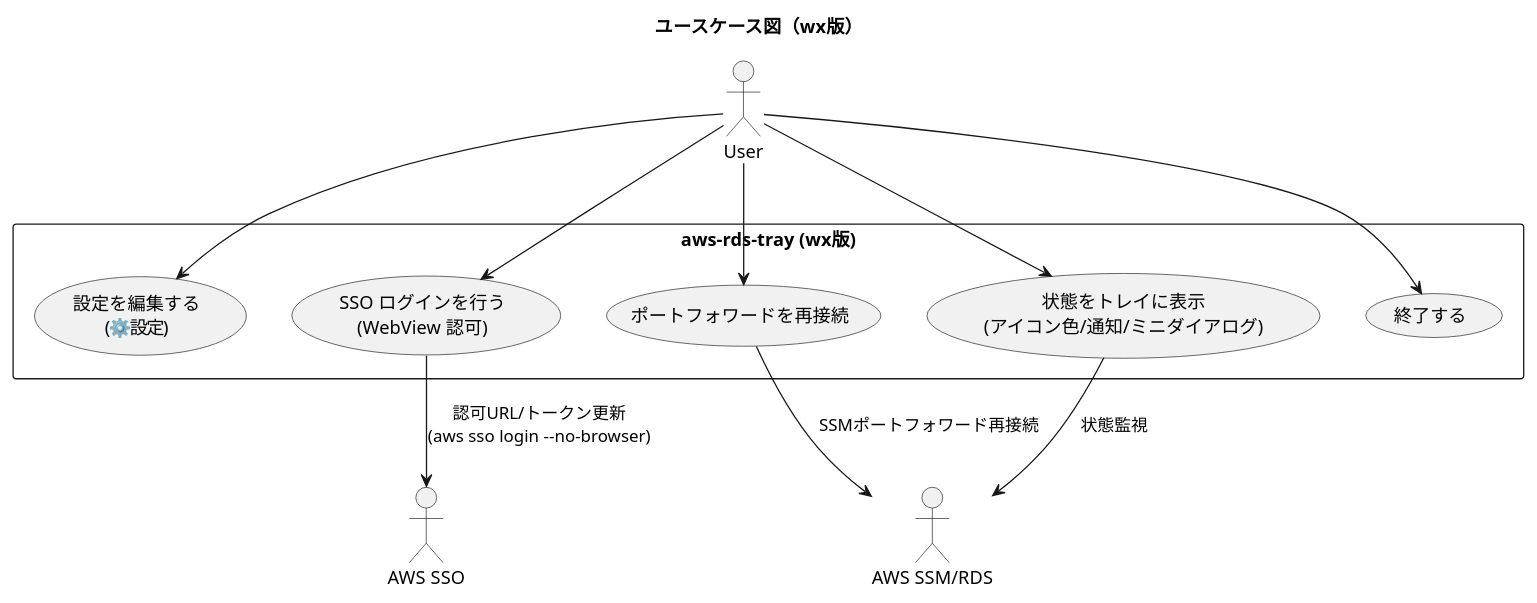
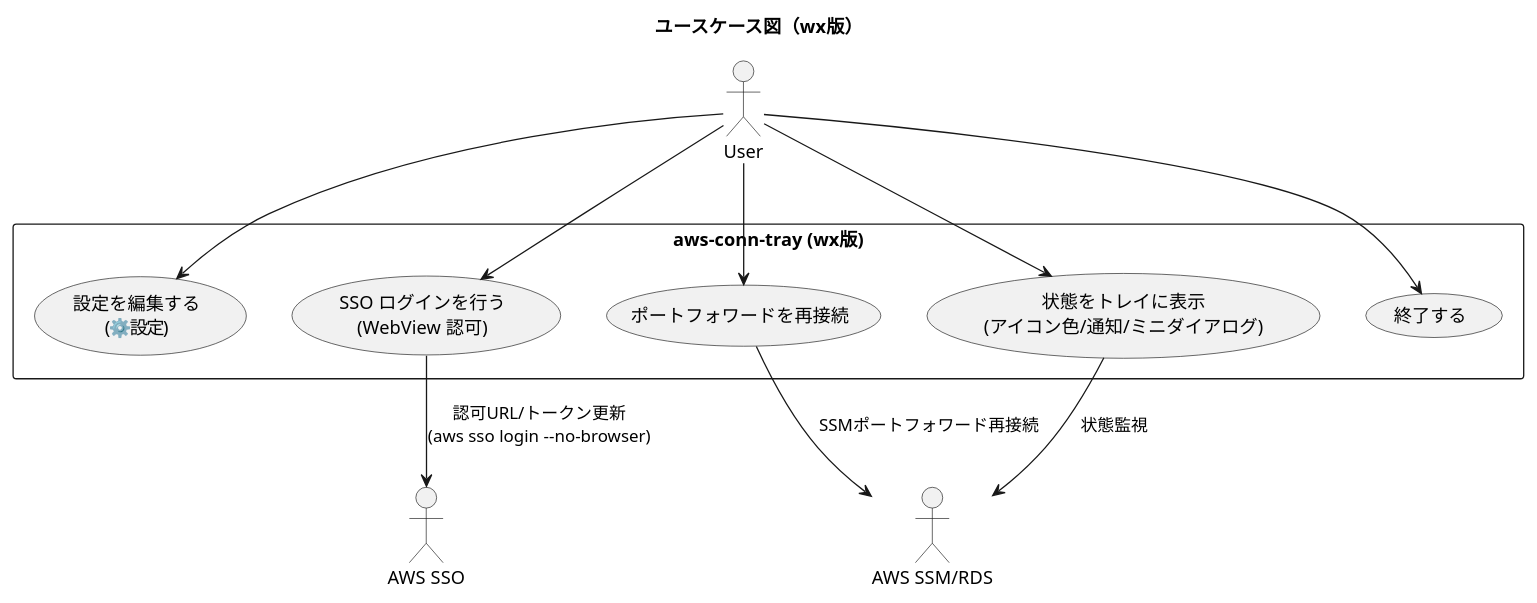
One commit to yoshiawaawa2-work/aws-conn-tray changed the diagram in doc/wx-version/usecase.puml. Above: the diagram before and after it, drawn with PlantUML. The commit also changed 8 other files, not shown here.

Commit message:
aws-conn-tray名称への統一とドキュメント整備

```diff
--- a/doc/wx-version/usecase.puml
+++ b/doc/wx-version/usecase.puml
@@ -1,26 +1,26 @@
 @startuml usecase_wx_app
 title ユースケース図（wx版）
 
 actor User
 actor "AWS SSO" as SSO
 actor "AWS SSM/RDS" as SSM
 
-rectangle "aws-rds-tray (wx版)" {
+rectangle "aws-conn-tray (wx版)" {
   usecase "設定を編集する\n(⚙️設定)" as UC_Config
   usecase "SSO ログインを行う\n(WebView 認可)" as UC_SSO
   usecase "ポートフォワードを再接続" as UC_Reconnect
   usecase "状態をトレイに表示\n(アイコン色/通知/ミニダイアログ)" as UC_Status
   usecase "終了する" as UC_Quit
 }
 
 User --> UC_Config
 User --> UC_SSO
 User --> UC_Reconnect
 User --> UC_Status
 User --> UC_Quit
 
 UC_SSO --> SSO : 認可URL/トークン更新\n(aws sso login --no-browser)
 UC_Reconnect --> SSM : SSMポートフォワード再接続
 UC_Status --> SSM : 状態監視
 
 @enduml
```
